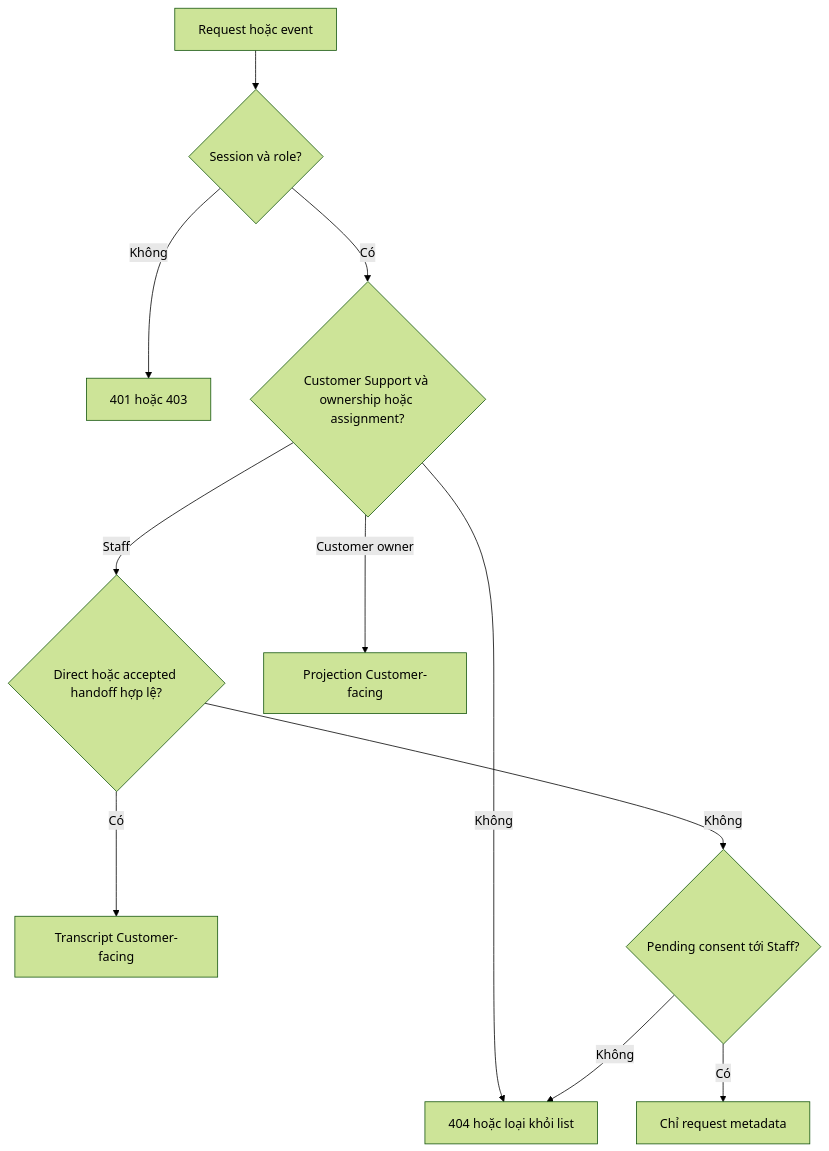
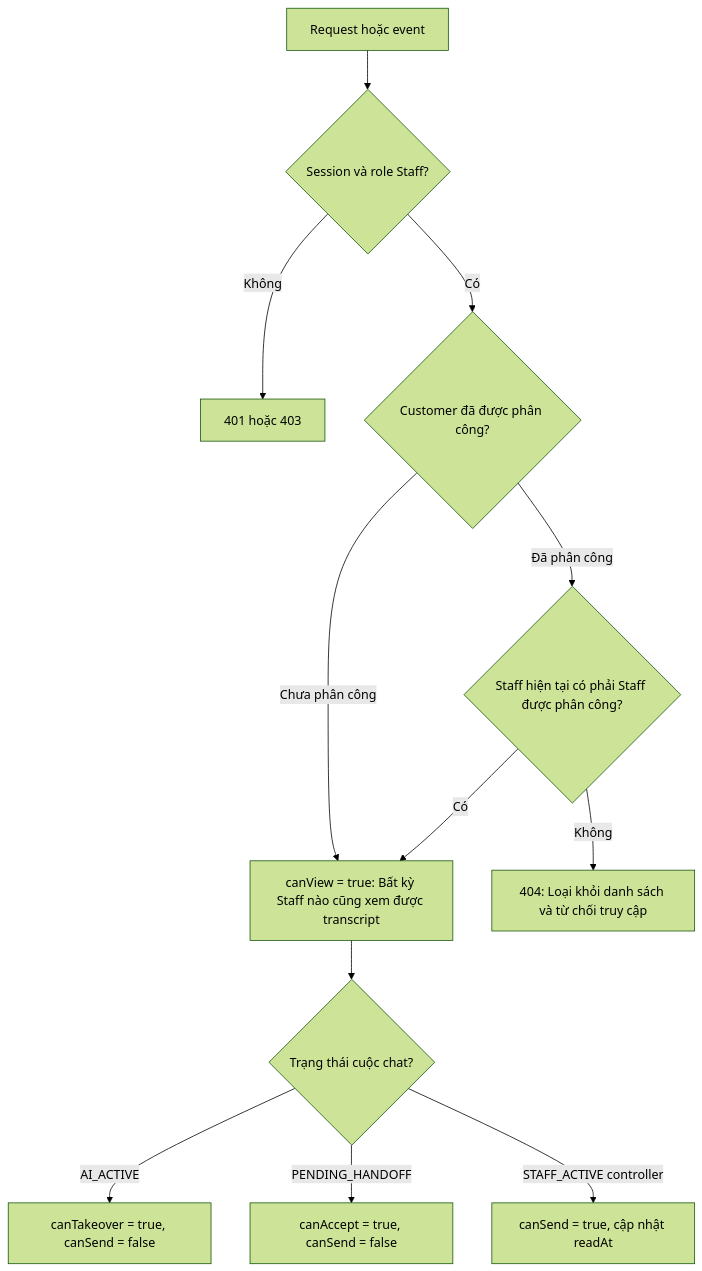
The second of 3 diagrams in docs/ui/staff/plans/inbox/01-model-permissions.md (natuan05/LifeInsuranceAIAssistant), drawn with Mermaid (forest theme) before and after one commit. The commit also changed other lines of this file and 36 other files, not shown here.

Commit message:
feat: implement FR-006 staff chat visibility and proactive takeover

````diff
--- a/docs/ui/staff/plans/inbox/01-model-permissions.md
+++ b/docs/ui/staff/plans/inbox/01-model-permissions.md
@@ -135,13 +140,14 @@
 ```mermaid
 flowchart TD
-  R[Request hoặc event] --> S{Session và role?}
+  R[Request hoặc event] --> S{Session và role Staff?}
   S -->|Không| Deny[401 hoặc 403]
-  S -->|Có| C{Customer Support và ownership hoặc assignment?}
-  C -->|Không| N[404 hoặc loại khỏi list]
-  C -->|Staff| G{Direct hoặc accepted handoff hợp lệ?}
-  G -->|Có| T[Transcript Customer-facing]
-  G -->|Không| P{Pending consent tới Staff?}
-  P -->|Có| M[Chỉ request metadata]
-  P -->|Không| N
-  C -->|Customer owner| O[Projection Customer-facing]
+  S -->|Có| C{Customer đã được phân công?}
+  C -->|Chưa phân công| V[canView = true: Bất kỳ Staff nào cũng xem được transcript]
+  C -->|Đã phân công| A{Staff hiện tại có phải Staff được phân công?}
+  A -->|Không| N[404: Loại khỏi danh sách và từ chối truy cập]
+  A -->|Có| V
+  V --> St{Trạng thái cuộc chat?}
+  St -->|AI_ACTIVE| TO[canTakeover = true, canSend = false]
+  St -->|PENDING_HANDOFF| AC[canAccept = true, canSend = false]
+  St -->|STAFF_ACTIVE controller| SD[canSend = true, cập nhật readAt]
 ```
````
